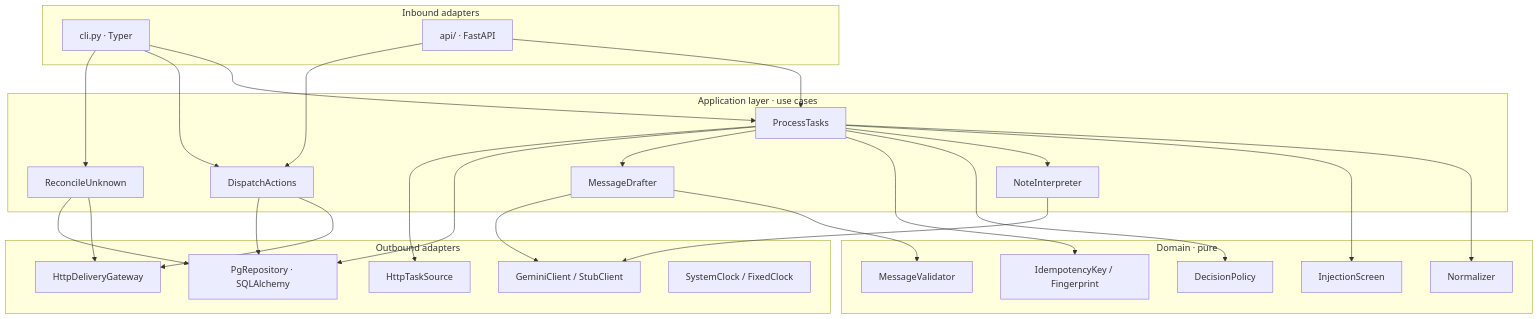
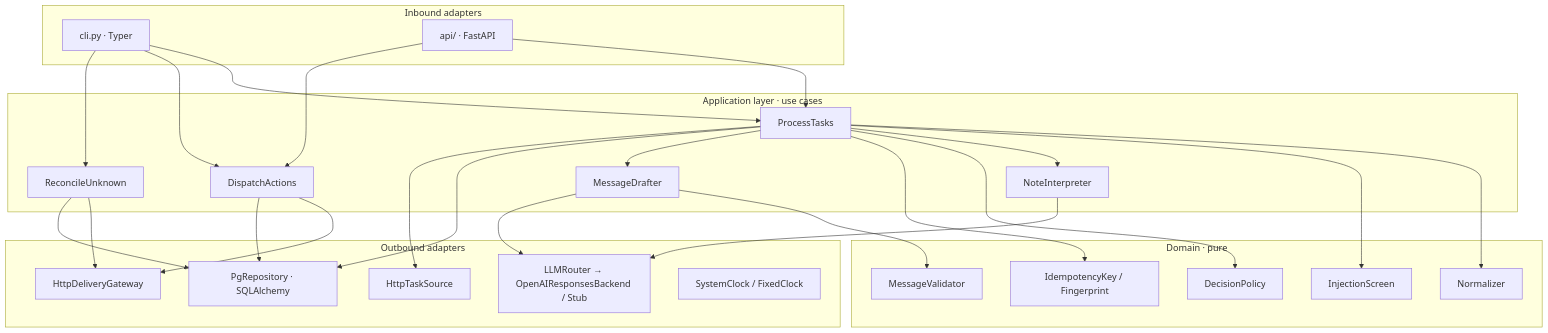
Before and after one commit to Andrey-Sema/Techcom: the second of 3 diagrams in docs/02-architecture.md, drawn with Mermaid. The commit also changed other lines of this file and 39 other files, not shown here.

````diff
--- a/docs/02-architecture.md
+++ b/docs/02-architecture.md
@@ -40,38 +40,38 @@
 ```mermaid
 flowchart TB
     subgraph inbound[Inbound adapters]
         CLI[cli.py · Typer]
         API[api/ · FastAPI]
     end
     subgraph application[Application layer · use cases]
         RUN[ProcessTasks]
         DISP[DispatchActions]
         REC[ReconcileUnknown]
         INT[NoteInterpreter]
         DRAFT[MessageDrafter]
     end
     subgraph domain[Domain · pure]
         NORM[Normalizer]
         POL[DecisionPolicy]
         GUARD[InjectionScreen]
         KEY[IdempotencyKey / Fingerprint]
         VAL[MessageValidator]
     end
     subgraph outbound[Outbound adapters]
         TS[HttpTaskSource]
         DL[HttpDeliveryGateway]
-        LLMA[GeminiClient / StubClient]
+        LLMA[LLMRouter → OpenAIResponsesBackend / Stub]
         REPO[PgRepository · SQLAlchemy]
         CLK[SystemClock / FixedClock]
     end
     CLI --> RUN & DISP & REC
     API --> RUN & DISP
     RUN --> NORM & GUARD & INT & POL & KEY & DRAFT
     DRAFT --> VAL
     RUN --> REPO
     DISP --> DL & REPO
     REC --> DL & REPO
     INT --> LLMA
     DRAFT --> LLMA
     RUN --> TS
 ```
````
